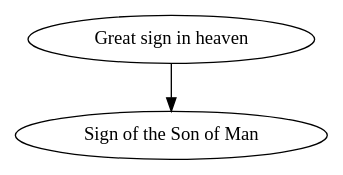
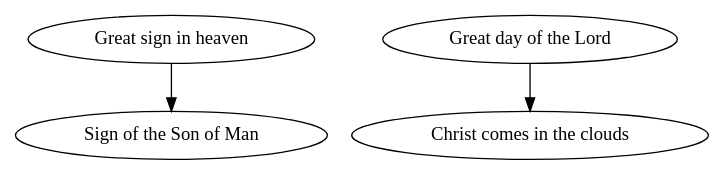
One commit to justincy/signs-of-the-second-coming changed the diagram in synonyms/synonyms.gv. Above: the diagram before and after it, drawn with Graphviz. The commit also changed 1 other file, not shown here.

```diff
--- a/synonyms/synonyms.gv
+++ b/synonyms/synonyms.gv
@@ -1,13 +1,16 @@
 # List of signs that I believe are synonyms.
 #
 # My reasoning for considering two signs as synonyms
 # is documented elsewhere. This list is used to 
 # programatically simplify the full graph by 
 # collapsing synonyms.
 #
 # In each (a -> b) pair, the sign on the left will
 # be replaced in the graph by the sign on the right.
 
 digraph {
   "Great sign in heaven" -> "Sign of the Son of Man"
+
+  # D&C 34:7-8
+  "Great day of the Lord" -> "Christ comes in the clouds"
 }
```
